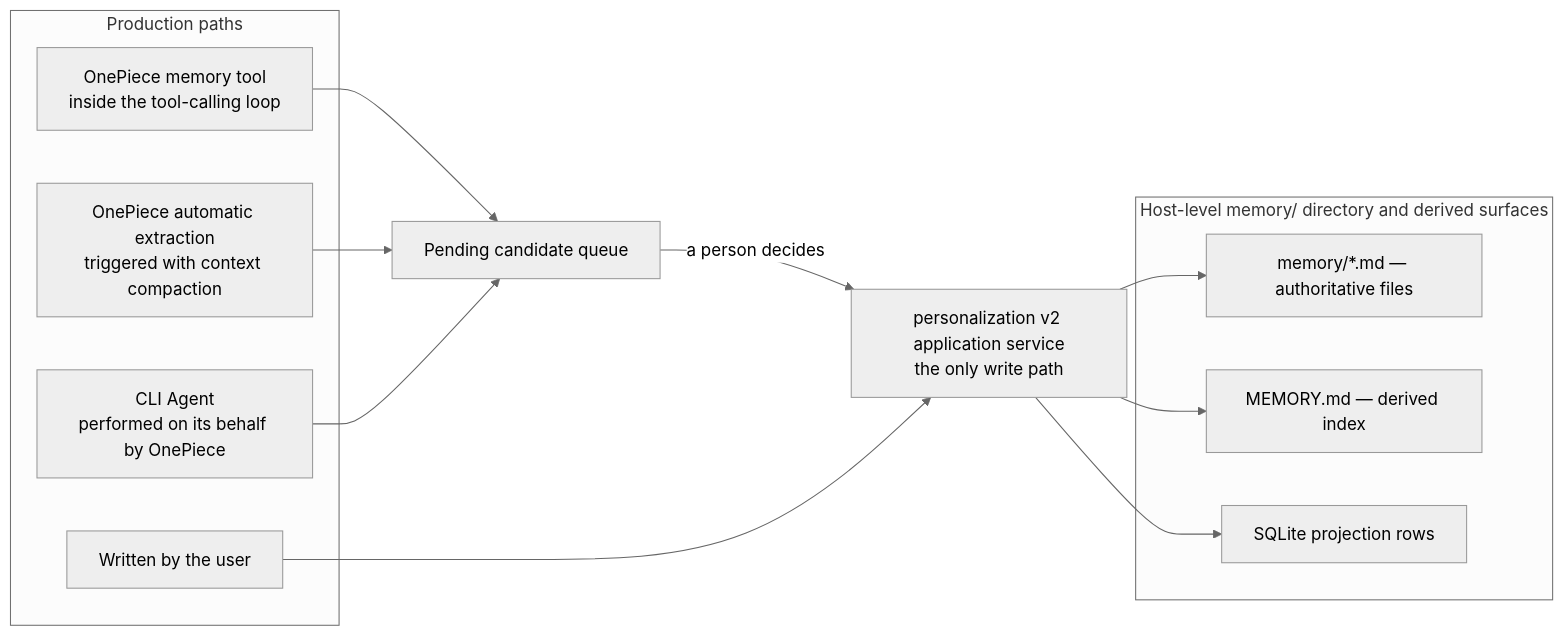
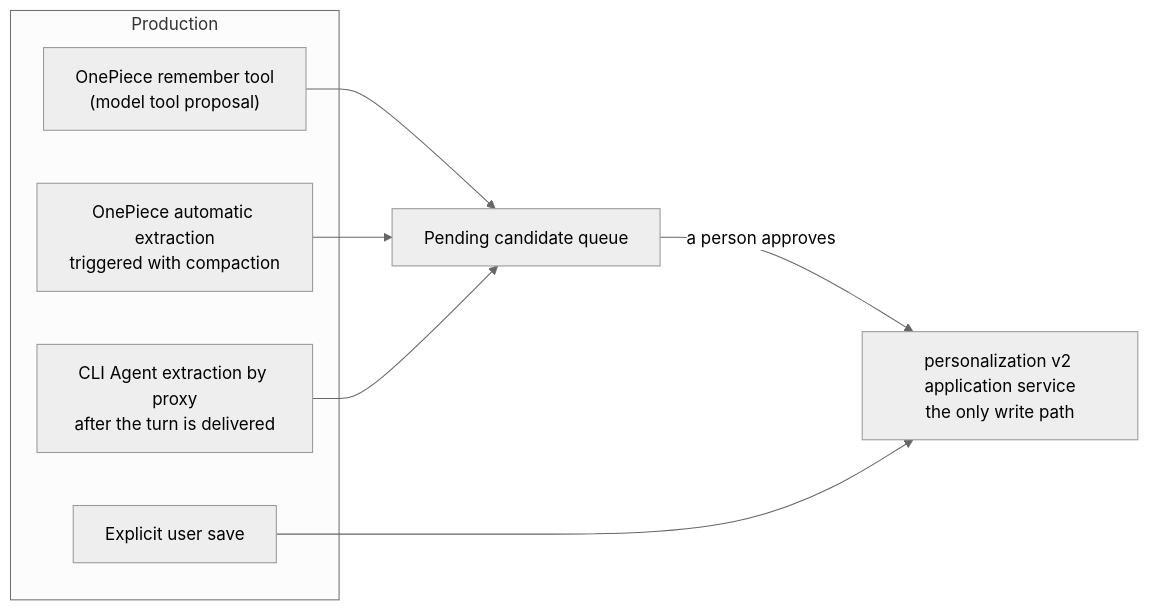
Before and after one commit to cdavid817/vanehub-ai: the diagram in docs/developer-guide/src/cross-session-memory.md, drawn with Mermaid (neutral theme). The commit also changed other lines of this file and 80 other files, not shown here.

First line of the commit message:
docs: verified documentation audit — READMEs, guides, and a governed-memory proposal (#274)

````diff
--- a/docs/developer-guide/src/cross-session-memory.md
+++ b/docs/developer-guide/src/cross-session-memory.md
@@ -32,27 +48,16 @@
 ```mermaid
 flowchart LR
-    subgraph Store[Host-level memory/ directory and derived surfaces]
-        MEM["memory/*.md — authoritative files"]
-        IDX["MEMORY.md — derived index"]
-        PROJ["SQLite projection rows"]
+    subgraph Production
+        P1["Explicit user save"]
+        P2["OnePiece remember tool<br/>(model tool proposal)"]
+        P3["OnePiece automatic extraction<br/>triggered with compaction"]
+        P4["CLI Agent extraction by proxy<br/>after the turn is delivered"]
     end
-
+    QUEUE["Pending candidate queue"]
     SERVICE["personalization v2 application service<br/>the only write path"]
-    QUEUE[Pending candidate queue]
-
-    subgraph Production paths
-        P1["OnePiece memory tool<br/>inside the tool-calling loop"]
-        P2["OnePiece automatic extraction<br/>triggered with context compaction"]
-        P3["CLI Agent<br/>performed on its behalf by OnePiece"]
-        P4["Written by the user"]
-    end
-
-    P1 --> QUEUE
     P2 --> QUEUE
     P3 --> QUEUE
-    QUEUE -->|a person decides| SERVICE
-    P4 --> SERVICE
-    SERVICE --> MEM
-    SERVICE --> IDX
-    SERVICE --> PROJ
+    P4 --> QUEUE
+    QUEUE -->|"a person approves"| SERVICE
+    P1 --> SERVICE
 ```
````
